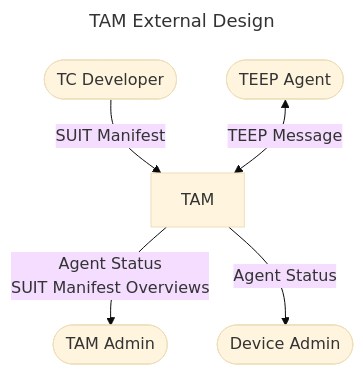
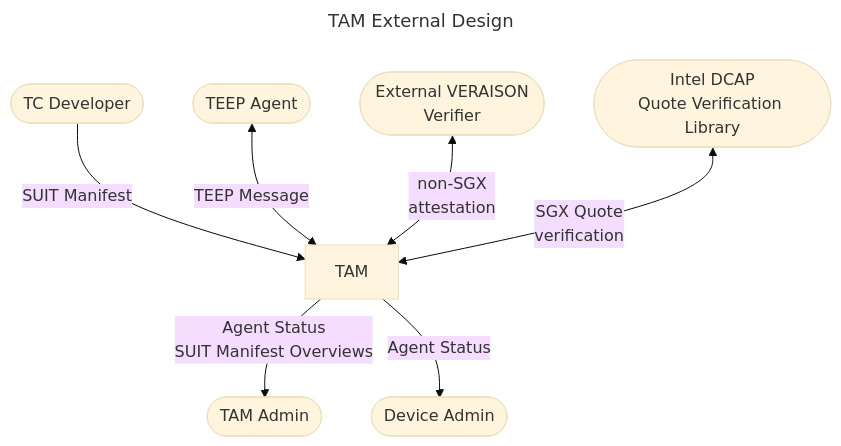
The diagram in doc/EXTERNAL_DESIGN.md (kentakayama/AttesTAM), drawn with Mermaid (base theme) before and after one commit. The commit also changed other lines of this file and 6 other files, not shown here.

````diff
--- a/doc/EXTERNAL_DESIGN.md
+++ b/doc/EXTERNAL_DESIGN.md
@@ -6,13 +6,15 @@
 ```mermaid
 ---
 title: TAM External Design
 ---
 
 flowchart TB
 
 TCDeveloper([TC Developer]) -- SUIT Manifest --> TAM
 TAM -- Agent Status<br/>SUIT Manifest Overviews --> TAMAdmin([TAM Admin])
 TAM -- Agent Status --> DeviceManager([Device Admin])
 TEEPAgent([TEEP Agent]) <-- TEEP Message --> TAM
+Verifier([External VERAISON<br/>Verifier]) <-- non-SGX<br/>attestation --> TAM
+IntelQVL([Intel DCAP<br/>Quote Verification Library]) <-- SGX Quote<br/>verification --> TAM
 TAM[TAM]
 ```
````
